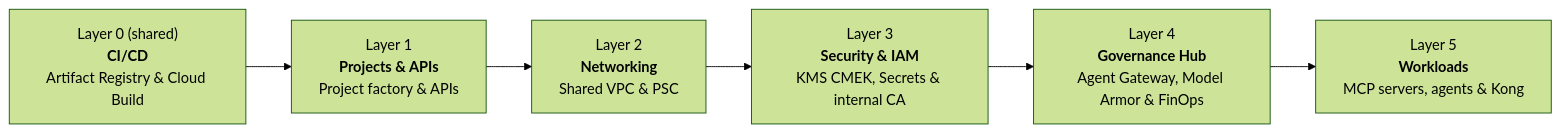
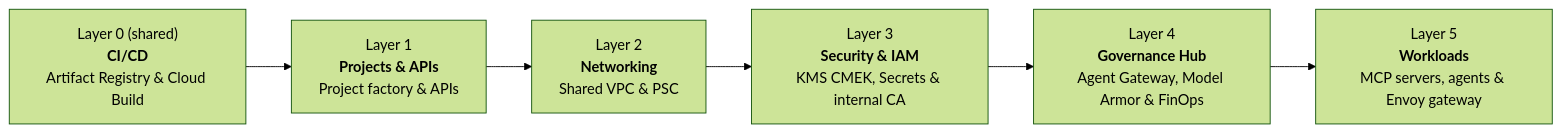
Before and after one commit to google/esmeralda: the second of 2 diagrams in docs/src/index.md, drawn with Mermaid (forest theme). The commit also changed other lines of this file and 15 other files, not shown here.

First line of the commit message:
docs: describe the Envoy ingress gateway (#73)

````diff
--- a/docs/src/index.md
+++ b/docs/src/index.md
@@ -104,8 +104,8 @@
 ```mermaid
 flowchart LR
     L0["Layer 0 (shared)<br/><b>CI/CD</b><br/>Artifact Registry & Cloud Build"] --> L1["Layer 1<br/><b>Projects & APIs</b><br/>Project factory & APIs"]
     L1 --> L2["Layer 2<br/><b>Networking</b><br/>Shared VPC & PSC"]
     L2 --> L3["Layer 3<br/><b>Security & IAM</b><br/>KMS CMEK, Secrets & internal CA"]
     L3 --> L4["Layer 4<br/><b>Governance Hub</b><br/>Agent Gateway, Model Armor & FinOps"]
-    L4 --> L5["Layer 5<br/><b>Workloads</b><br/>MCP servers, agents & Kong"]
+    L4 --> L5["Layer 5<br/><b>Workloads</b><br/>MCP servers, agents & Envoy gateway"]
 ```
````
